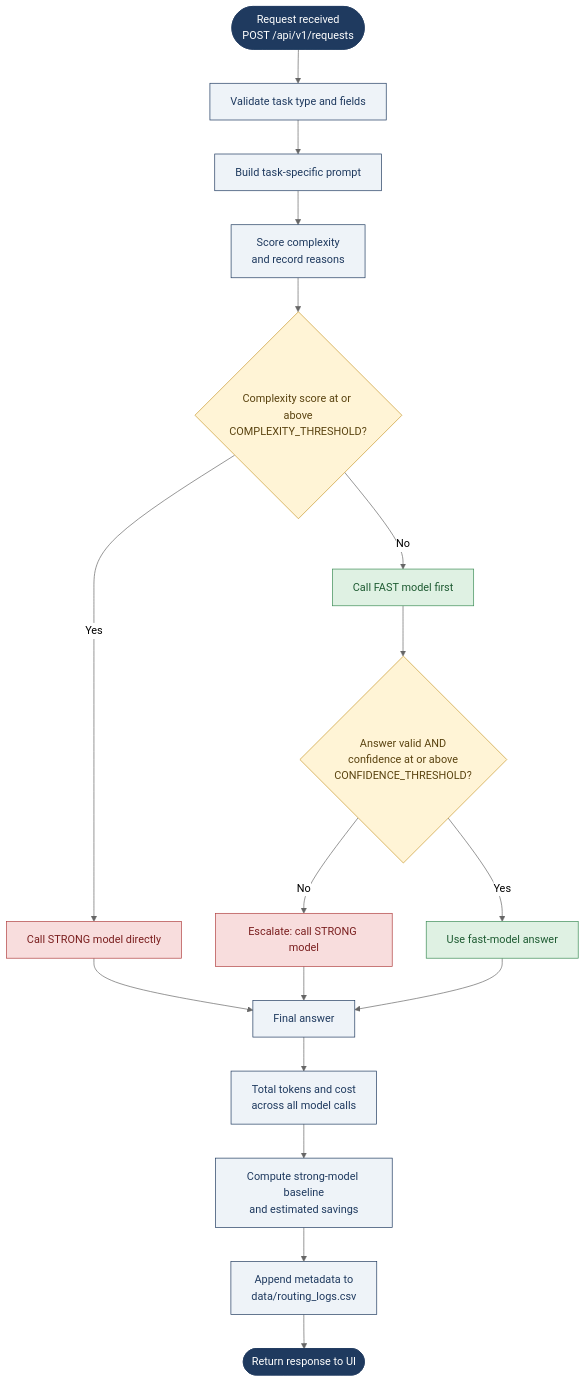
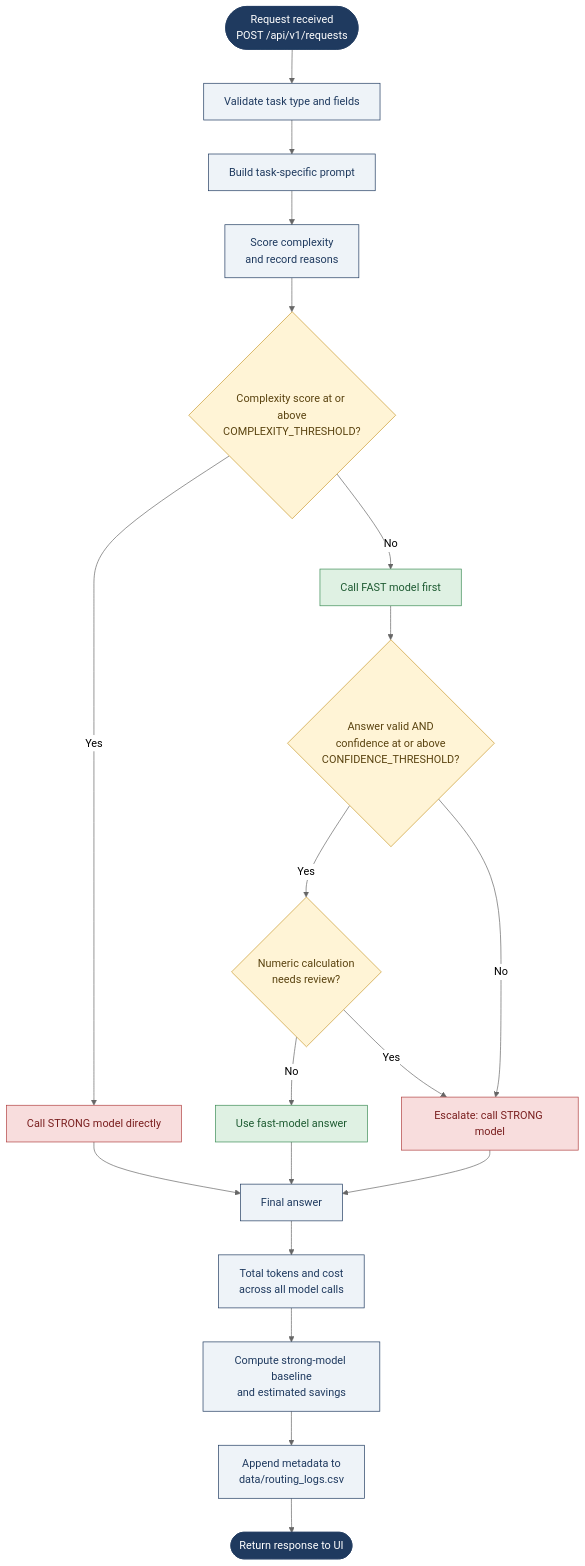
One commit to Neeleshsingh30/cost-aware-model-router changed the second of 5 diagrams in README.md. Above: the diagram before and after it, drawn with Mermaid (neutral theme). The commit also changed other lines of this file, not shown here.

Commit message:
Document arithmetic answer review

````diff
--- a/README.md
+++ b/README.md
@@ -155,34 +155,36 @@
 ```mermaid
 flowchart TD
     A(["Request received<br/>POST /api/v1/requests"]) --> B["Validate task type and fields"]
     B --> C["Build task-specific prompt"]
     C --> D["Score complexity<br/>and record reasons"]
     D --> E{"Complexity score at or above<br/>COMPLEXITY_THRESHOLD?"}
 
     E -->|"Yes"| S["Call STRONG model directly"]
     E -->|"No"| F["Call FAST model first"]
 
     F --> G{"Answer valid AND<br/>confidence at or above<br/>CONFIDENCE_THRESHOLD?"}
-    G -->|"Yes"| H["Use fast-model answer"]
+    G -->|"Yes"| Q{"Numeric calculation<br/>needs review?"}
+    Q -->|"No"| H["Use fast-model answer"]
+    Q -->|"Yes"| X["Strong model reviews answer"]
     G -->|"No"| X["Escalate: call STRONG model"]
 
     S --> Z["Final answer"]
     X --> Z
     H --> Z
 
     Z --> T["Total tokens and cost<br/>across all model calls"]
     T --> U["Compute strong-model baseline<br/>and estimated savings"]
     U --> V["Append metadata to<br/>data/routing_logs.csv"]
     V --> W(["Return response to UI"])
 
     classDef start fill:#1F3A5F,stroke:#1F3A5F,color:#FFFFFF;
     classDef step fill:#EEF3F8,stroke:#1F3A5F,color:#1F3A5F;
     classDef decision fill:#FFF4D6,stroke:#C99A2E,color:#5A4310;
     classDef fast fill:#DFF1E3,stroke:#3B8C55,color:#1E5B32;
     classDef strong fill:#F8DDDD,stroke:#B04040,color:#7A1F1F;
     class A,W start;
     class B,C,D,Z,T,U,V step;
-    class E,G decision;
+    class E,G,Q decision;
     class F,H fast;
     class S,X strong;
 ```
````
